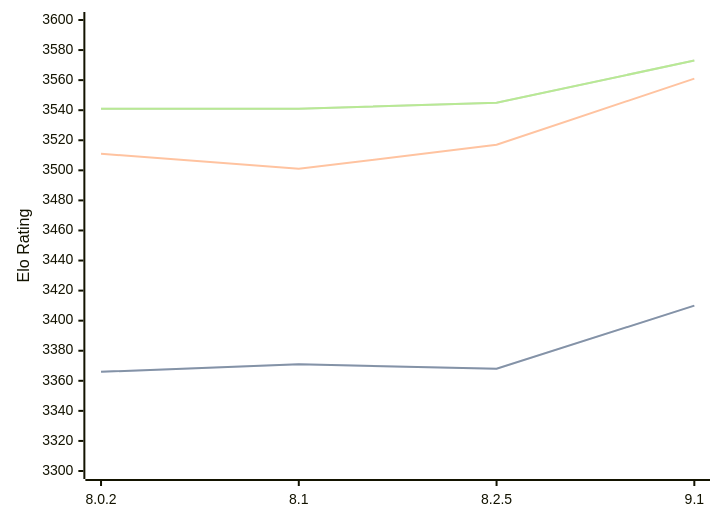
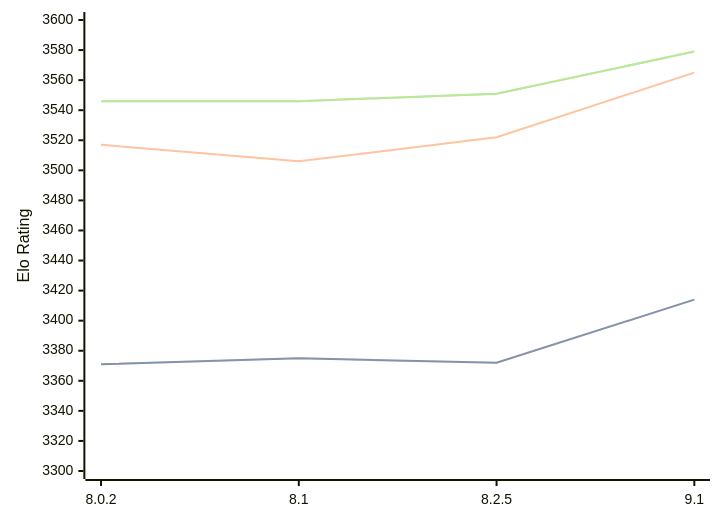
Before and after one commit to computer-chess-index/cci: the diagram in engines/Clover.md, drawn with Mermaid. The commit also changed other lines of this file, not shown here.

Commit message:
Update CCI Ratings (ELO VLTC) - 2026-04-14

````diff
--- a/engines/Clover.md
+++ b/engines/Clover.md
@@ -64,11 +64,11 @@
 ```mermaid
 %%{init: {"theme":"base","themeVariables":{"seriesColors:['#a3a3a3','#222221','#faa371']}}}%%
 xychart-beta
   x-axis ["8.0.2", "8.1", "8.2.5", "9.1"]
   y-axis "Elo Rating" 3300 --> 3600
-  line "STC (8.0+0.08s)" [3366, 3371, 3368, 3410]
-  line "STC (8.0+0.08s)" [3366, 3371, 3368, 3410]
-  line "LTC (60.0+0.60s)" [3511, 3501, 3517, 3561]
-  line "VLTC (2m24s+1.12s)" [3541, 3541, 3545, 3573]
-  line "VLTC (2m24s+1.12s)" [3541, 3541, 3545, 3573]
+  line "STC (8.0+0.08s)" [3371, 3375, 3372, 3414]
+  line "STC (8.0+0.08s)" [3371, 3375, 3372, 3414]
+  line "LTC (60.0+0.60s)" [3517, 3506, 3522, 3565]
+  line "VLTC (2m24s+1.12s)" [3546, 3546, 3551, 3579]
+  line "VLTC (2m24s+1.12s)" [3546, 3546, 3551, 3579]
 ```
````
